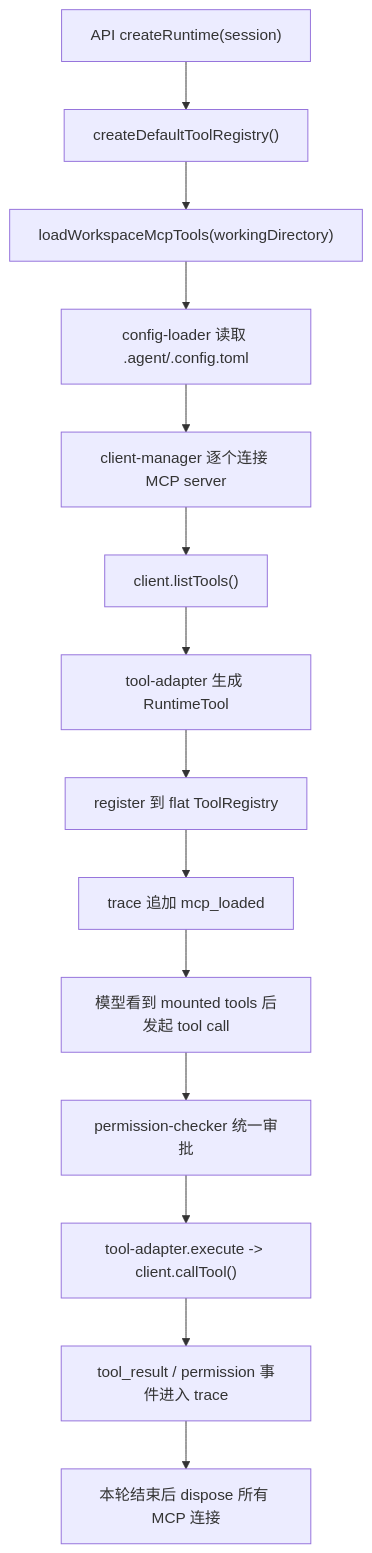
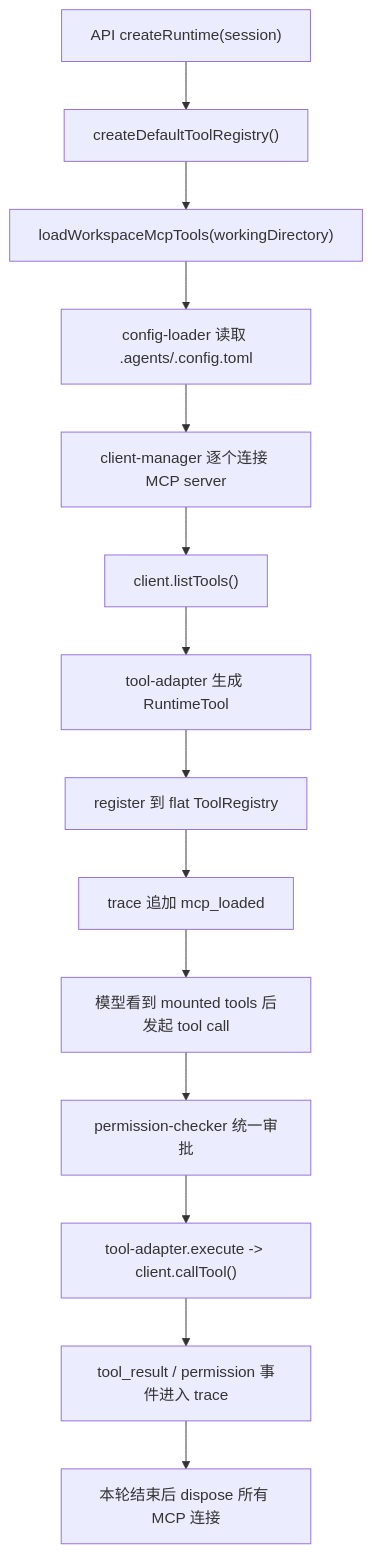
Before and after one commit to pswd123456/my-agent-proj: the diagram in docs/architecture/mcp-module.md, drawn with Mermaid. The commit also changed other lines of this file and 14 other files, not shown here.

Commit message:
docs: update workspace config path references from .agent to .agents

````diff
--- a/docs/architecture/mcp-module.md
+++ b/docs/architecture/mcp-module.md
@@ -60,16 +60,16 @@
 ```mermaid
 flowchart TD
   A["API createRuntime(session)"] --> B["createDefaultToolRegistry()"]
   B --> C["loadWorkspaceMcpTools(workingDirectory)"]
-  C --> D["config-loader 读取 .agent/.config.toml"]
+  C --> D["config-loader 读取 .agents/.config.toml"]
   D --> E["client-manager 逐个连接 MCP server"]
   E --> F["client.listTools()"]
   F --> G["tool-adapter 生成 RuntimeTool"]
   G --> H["register 到 flat ToolRegistry"]
   H --> I["trace 追加 mcp_loaded"]
   I --> J["模型看到 mounted tools 后发起 tool call"]
   J --> K["permission-checker 统一审批"]
   K --> L["tool-adapter.execute -> client.callTool()"]
   L --> M["tool_result / permission 事件进入 trace"]
   M --> N["本轮结束后 dispose 所有 MCP 连接"]
 ```
````
